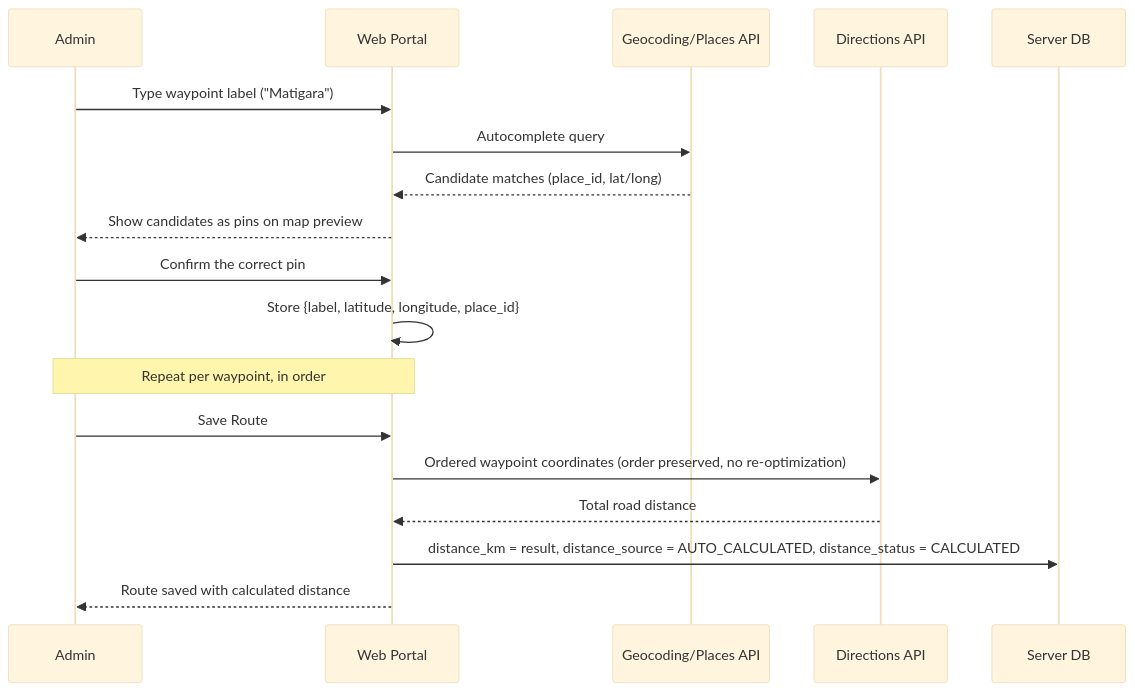
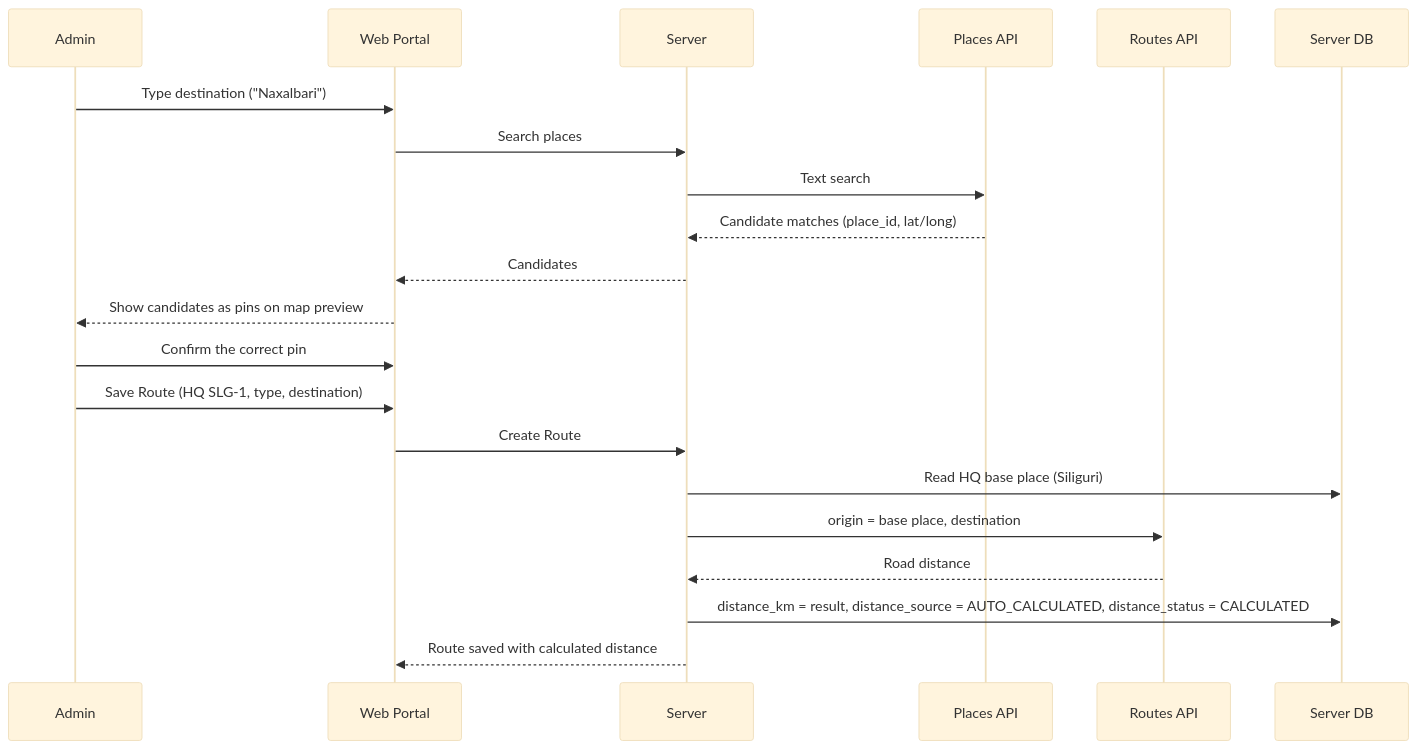
One commit to reboot-ai-private-limited/greynote changed the first of 2 diagrams in docs/hld/02-route-distance-calculation.md. Above: the diagram before and after it, drawn with Mermaid (base theme). The commit also changed other lines of this file and 14 other files, not shown here.

First line of the commit message:
docs(territory): flatten to Zone → HQ → Route — HQ base place, Route destination and type

````diff
--- a/docs/hld/02-route-distance-calculation.md
+++ b/docs/hld/02-route-distance-calculation.md
@@ -13,21 +15,24 @@
 ```mermaid
 sequenceDiagram
     participant Admin
     participant Portal as Web Portal
-    participant Geo as Geocoding/Places API
-    participant Dir as Directions API
+    participant API as Server
+    participant Geo as Places API
+    participant Dir as Routes API
     participant DB as Server DB
 
-    Admin->>Portal: Type waypoint label ("Matigara")
-    Portal->>Geo: Autocomplete query
-    Geo-->>Portal: Candidate matches (place_id, lat/long)
+    Admin->>Portal: Type destination ("Naxalbari")
+    Portal->>API: Search places
+    API->>Geo: Text search
+    Geo-->>API: Candidate matches (place_id, lat/long)
+    API-->>Portal: Candidates
     Portal-->>Admin: Show candidates as pins on map preview
     Admin->>Portal: Confirm the correct pin
-    Portal->>Portal: Store {label, latitude, longitude, place_id}
-    Note over Admin,Portal: Repeat per waypoint, in order
-    Admin->>Portal: Save Route
-    Portal->>Dir: Ordered waypoint coordinates (order preserved, no re-optimization)
-    Dir-->>Portal: Total road distance
-    Portal->>DB: distance_km = result, distance_source = AUTO_CALCULATED, distance_status = CALCULATED
-    Portal-->>Admin: Route saved with calculated distance
+    Admin->>Portal: Save Route (HQ SLG-1, type, destination)
+    Portal->>API: Create Route
+    API->>DB: Read HQ base place (Siliguri)
+    API->>Dir: origin = base place, destination
+    Dir-->>API: Road distance
+    API->>DB: distance_km = result, distance_source = AUTO_CALCULATED, distance_status = CALCULATED
+    API-->>Portal: Route saved with calculated distance
 ```
````
